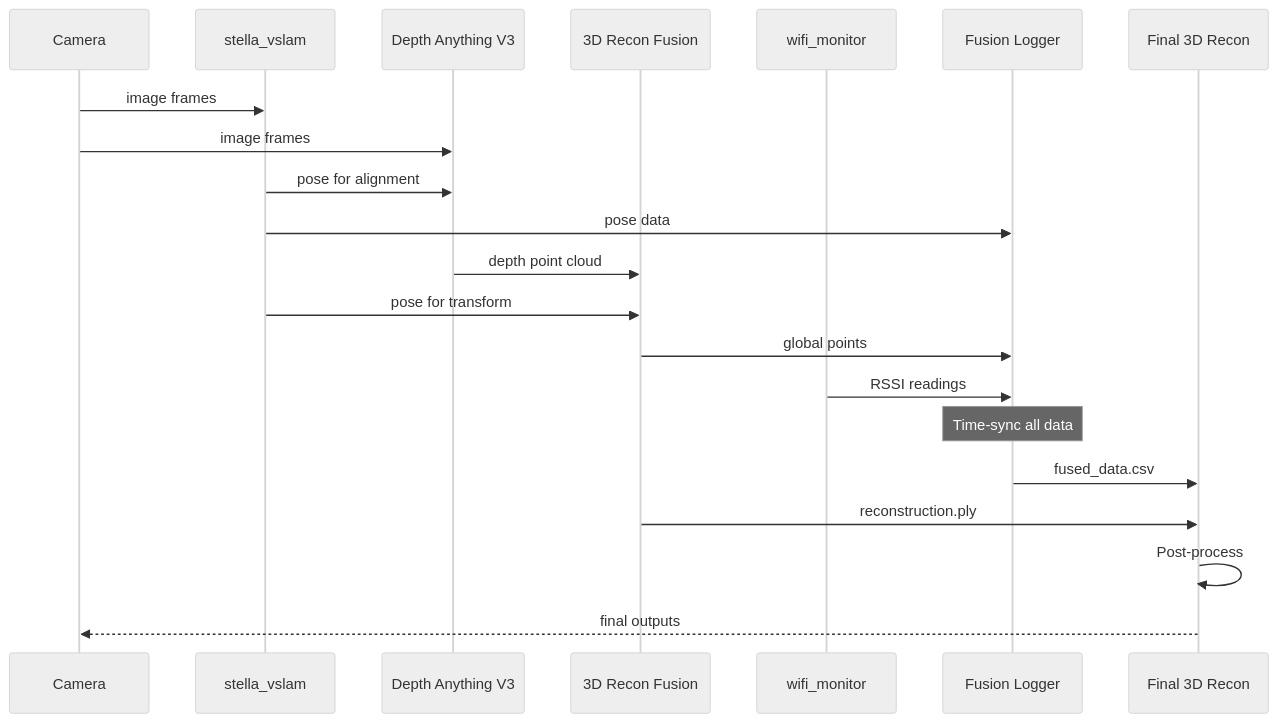
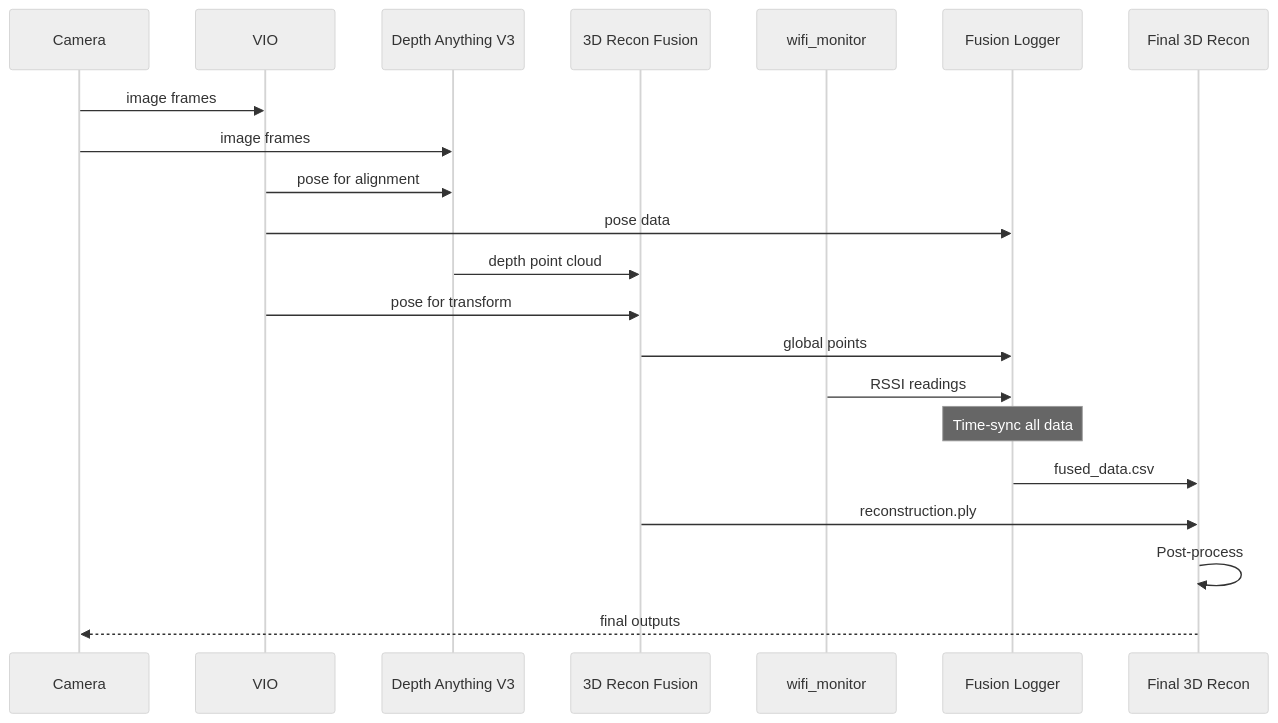
Before and after one commit to Shluo03/AirSniff: the third of 6 diagrams in README.md, drawn with Mermaid (neutral theme). The commit also changed other lines of this file, not shown here.

````diff
--- a/README.md
+++ b/README.md
@@ -75,26 +75,26 @@
 ```mermaid
 sequenceDiagram
     participant C as Camera
-    participant S as stella_vslam
+    participant S as VIO
     participant D as Depth Anything V3
     participant R as 3D Recon Fusion
     participant W as wifi_monitor
     participant L as Fusion Logger
     participant F as Final 3D Recon
     
     C->>S: image frames
     C->>D: image frames
     S->>D: pose for alignment
     S->>L: pose data
     D->>R: depth point cloud
     S->>R: pose for transform
     R->>L: global points
     W->>L: RSSI readings
     
     Note over L: Time-sync all data
     L->>F: fused_data.csv
     R->>F: reconstruction.ply
     
     F->>F: Post-process
     F-->>C: final outputs
 ```
````
